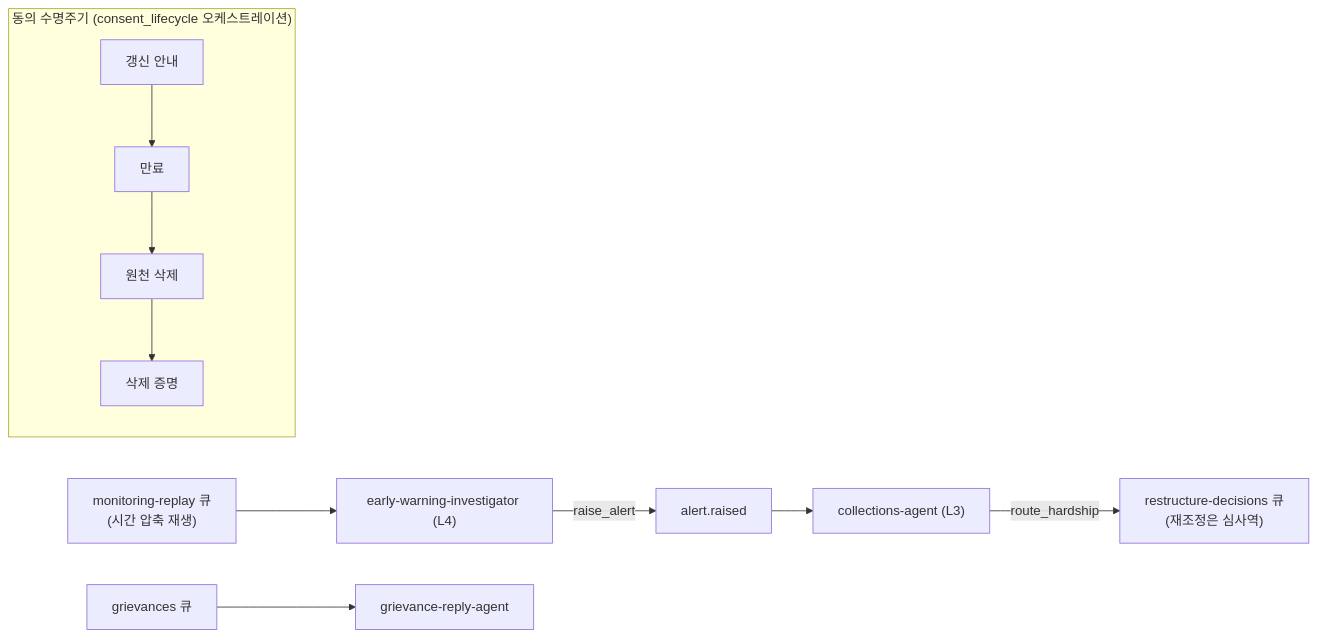
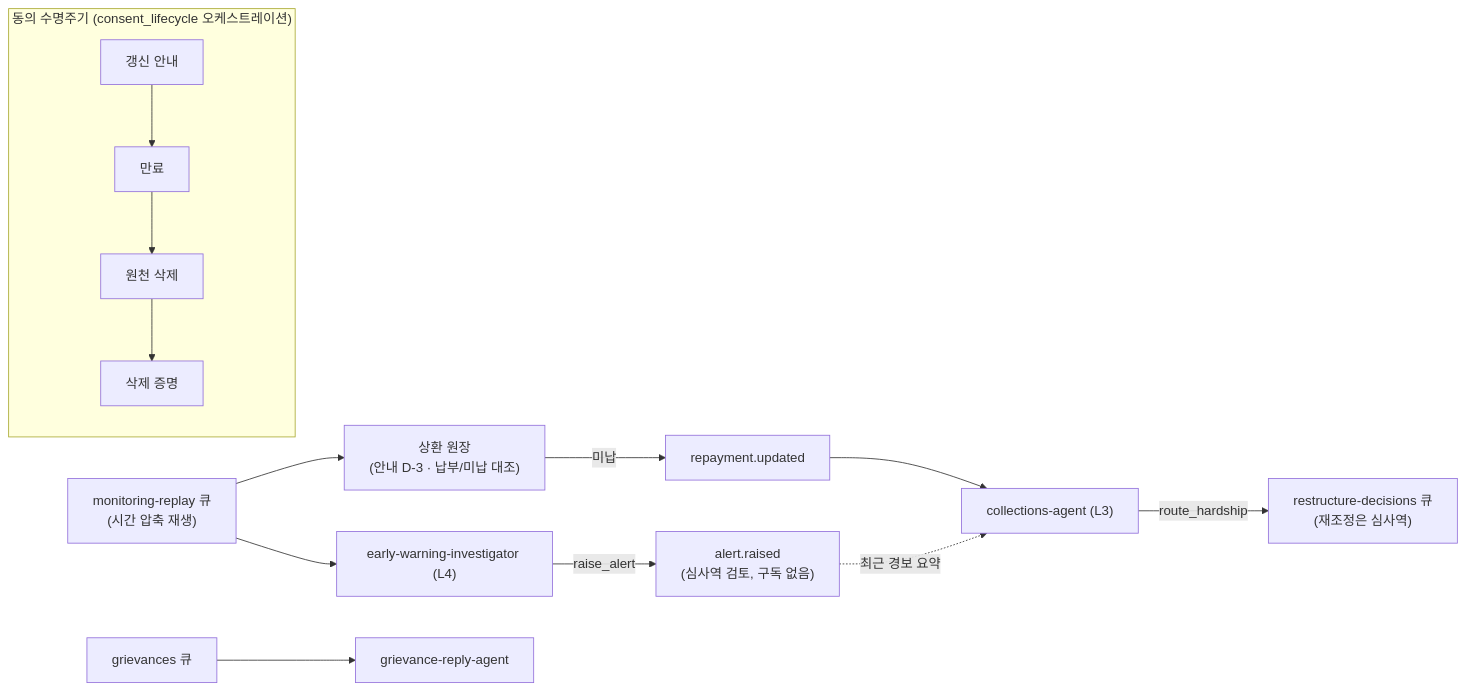
Before and after one commit to freeman9844/ms-ama-04: the fifth of 5 diagrams in docs/architecture.md, drawn with Mermaid. The commit also changed other lines of this file and 8 other files, not shown here.

````diff
--- a/docs/architecture.md
+++ b/docs/architecture.md
@@ -189,17 +189,22 @@
 ```mermaid
 flowchart LR
   replay["monitoring-replay 큐<br/>(시간 압축 재생)"]
   ew["early-warning-investigator (L4)"]
-  alert["alert.raised"]
+  alert["alert.raised<br/>(심사역 검토, 구독 없음)"]
+  ledger["상환 원장<br/>(안내 D-3 · 납부/미납 대조)"]
+  repay["repayment.updated"]
   col["collections-agent (L3)"]
   hardship["restructure-decisions 큐<br/>(재조정은 심사역)"]
   replay --> ew
   ew -->|raise_alert| alert
-  alert --> col
+  replay --> ledger
+  ledger -->|미납| repay
+  repay --> col
+  alert -.->|최근 경보 요약| col
   col -->|route_hardship| hardship
 
   subgraph consent["동의 수명주기 (consent_lifecycle 오케스트레이션)"]
     renew["갱신 안내"] --> expire["만료"] --> delete["원천 삭제"] --> proof["삭제 증명"]
   end
   grv["grievances 큐"] --> reply["grievance-reply-agent"]
 ```
````
